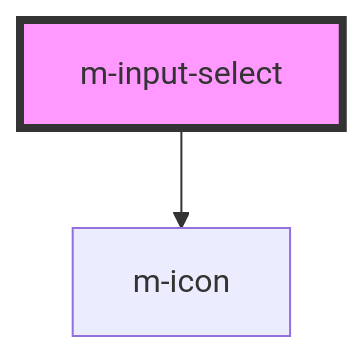
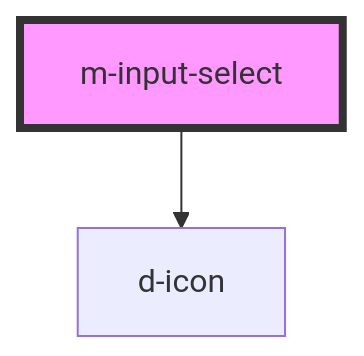
One commit to dynamic-framework/dynamic-ui changed the diagram in libraries/dynamic-ui/src/components/m-input-select/readme.md. Above: the diagram before and after it, drawn with Mermaid. The commit also changed other lines of this file and 54 other files, not shown here.

````diff
--- a/libraries/dynamic-ui/src/components/m-input-select/readme.md
+++ b/libraries/dynamic-ui/src/components/m-input-select/readme.md
@@ -52,5 +52,5 @@
 ```mermaid
 graph TD;
-  m-input-select --> m-icon
+  m-input-select --> d-icon
   style m-input-select fill:#f9f,stroke:#333,stroke-width:4px
 ```
````
